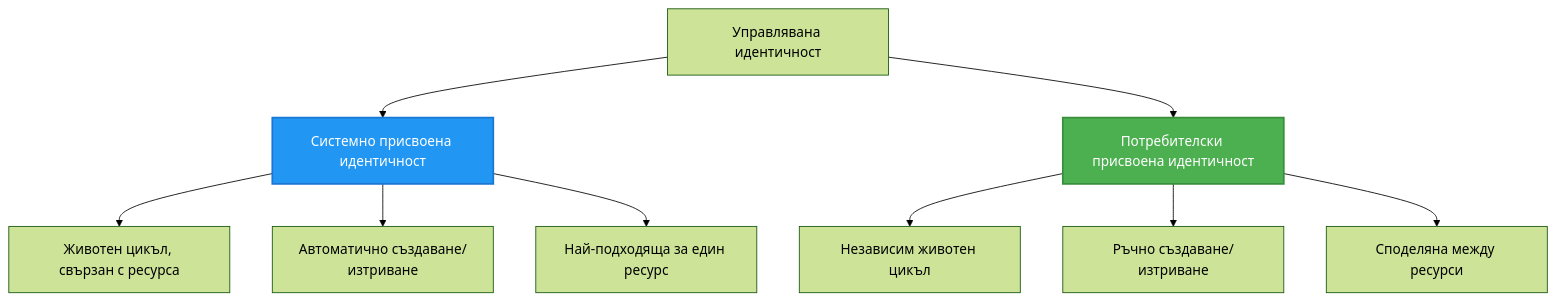
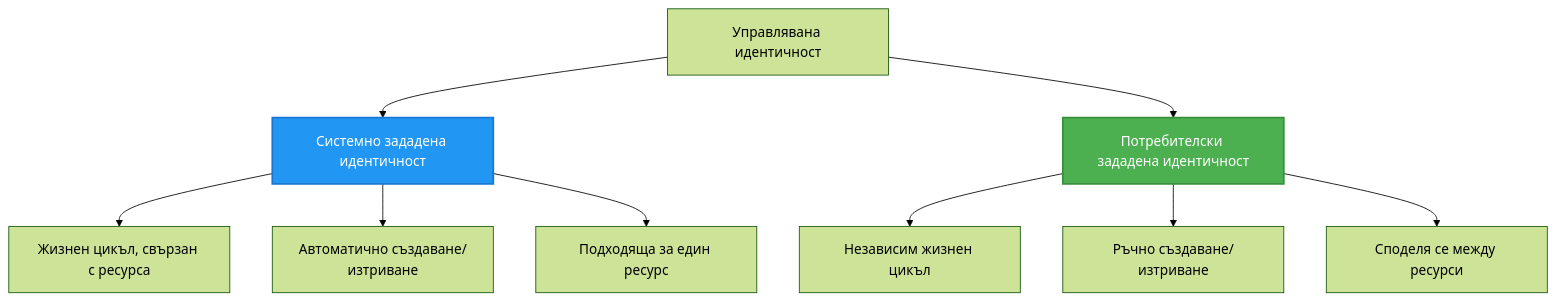
One commit to microsoft/AZD-for-beginners changed the second of 2 diagrams in translations/bg/docs/chapter-03-configuration/authsecurity.md. Above: the diagram before and after it, drawn with Mermaid (forest theme). The commit also changed other lines of this file and 104 other files, not shown here.

````diff
--- a/translations/bg/docs/chapter-03-configuration/authsecurity.md
+++ b/translations/bg/docs/chapter-03-configuration/authsecurity.md
@@ -97,20 +98,20 @@
 ```mermaid
 graph TB
     MI[Управлявана идентичност]
-    SystemAssigned[Системно присвоена идентичност]
-    UserAssigned[Потребителски присвоена идентичност]
+    SystemAssigned[Системно зададена идентичност]
+    UserAssigned[Потребителски зададена идентичност]
     
     MI --> SystemAssigned
     MI --> UserAssigned
     
-    SystemAssigned --> SA1[Животен цикъл, свързан с ресурса]
+    SystemAssigned --> SA1[Жизнен цикъл, свързан с ресурса]
     SystemAssigned --> SA2[Автоматично създаване/изтриване]
-    SystemAssigned --> SA3[Най-подходяща за един ресурс]
+    SystemAssigned --> SA3[Подходяща за един ресурс]
     
-    UserAssigned --> UA1[Независим животен цикъл]
+    UserAssigned --> UA1[Независим жизнен цикъл]
     UserAssigned --> UA2[Ръчно създаване/изтриване]
-    UserAssigned --> UA3[Споделяна между ресурси]
+    UserAssigned --> UA3[Споделя се между ресурси]
     
     style SystemAssigned fill:#2196F3,stroke:#1976D2,stroke-width:2px,color:#fff
     style UserAssigned fill:#4CAF50,stroke:#388E3C,stroke-width:2px,color:#fff
 ```
````
